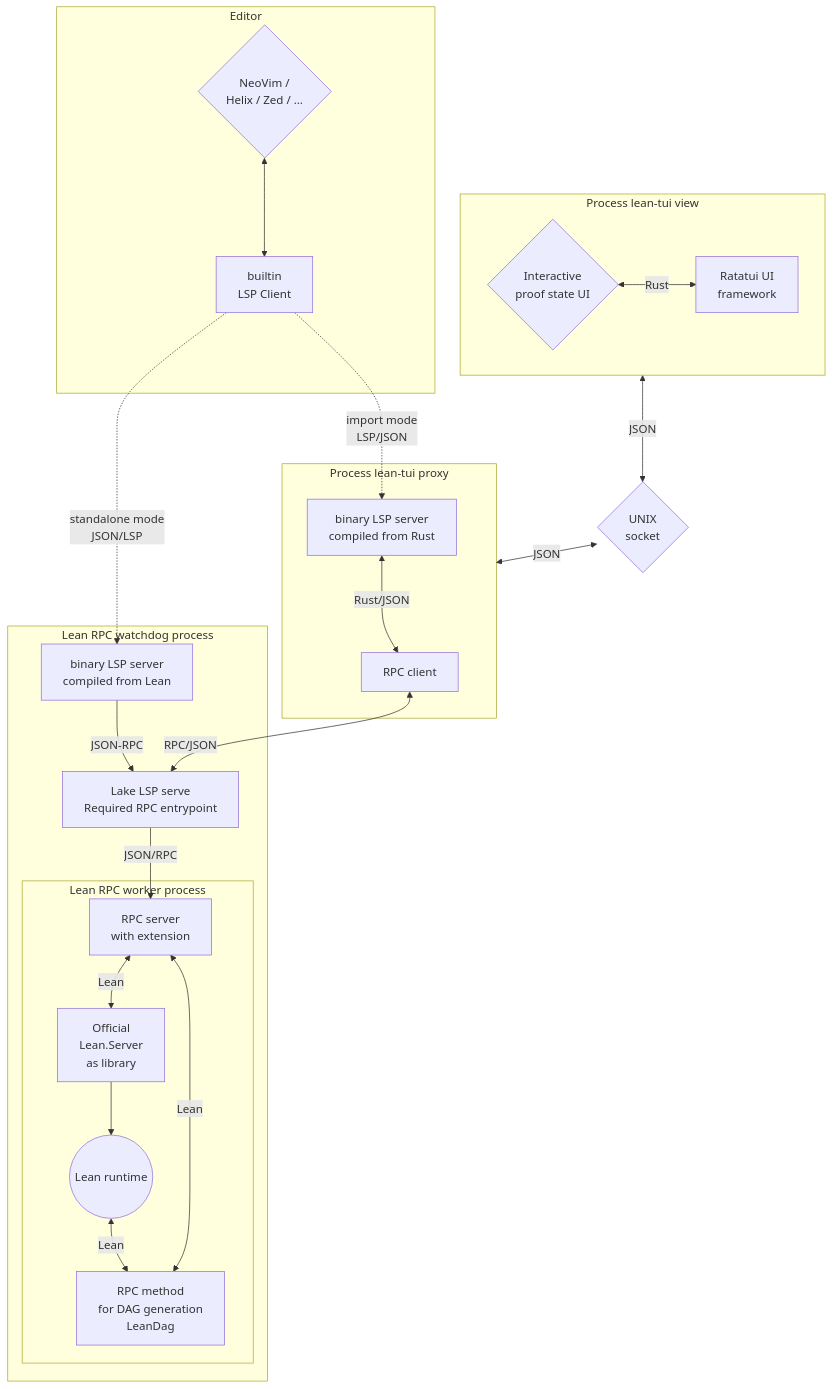
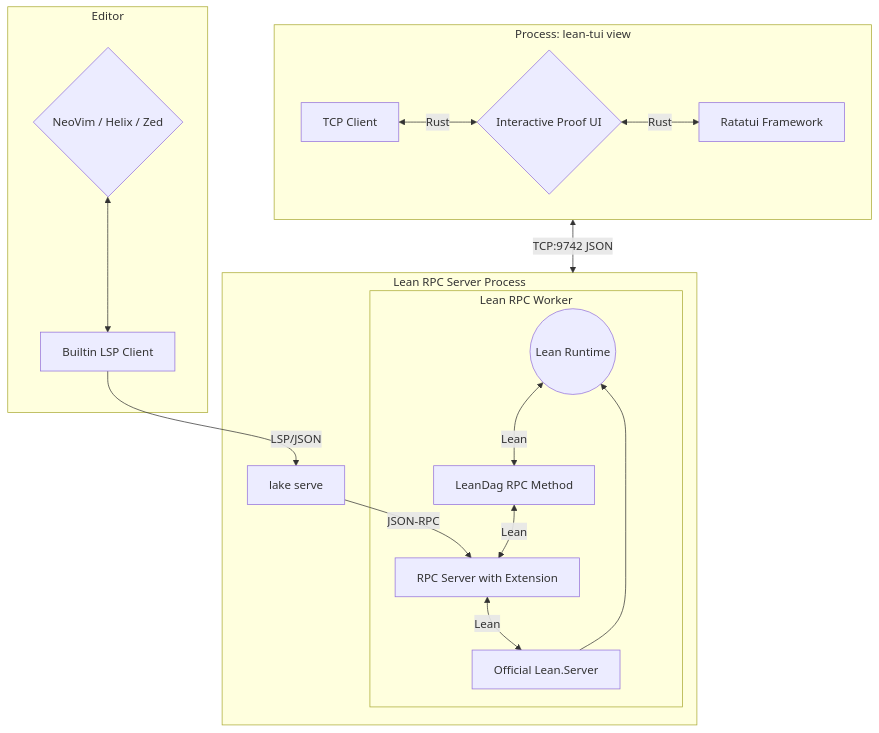
The diagram in README.md (macovedj/lean-tui), drawn with Mermaid before and after one commit. The commit also changed other lines of this file and 8 other files, not shown here.

````diff
--- a/README.md
+++ b/README.md
@@ -163,68 +157,38 @@
 ```mermaid
 flowchart
 
-subgraph lean-dag-process["Lean RPC watchdog process"]
-
-
-
-    subgraph lean-worker[Lean RPC worker process]
-
-        lean-runtime((Lean core))
-        original-lean-lsp[Official <br> Lean.Server <br> as library]
-        lean-runtime((Lean runtime))
-
-        custom-rpc-server["RPC server <br> with extension"]
-
-        rpc-method["RPC method <br> for DAG generation <br> LeanDag"]
+subgraph lean-dag-process["Lean RPC Server Process"]
+    subgraph lean-worker[Lean RPC Worker]
+        lean-runtime((Lean Runtime))
+        original-lean-lsp[Official Lean.Server]
+        custom-rpc-server[RPC Server with Extension]
+        rpc-method[LeanDag RPC Method]
 
         rpc-method <-->|Lean| custom-rpc-server
         lean-runtime <-->|Lean| rpc-method
+        original-lean-lsp --> lean-runtime
+        custom-rpc-server <-->|Lean| original-lean-lsp
     end
 
-    lake-serve[Lake LSP serve <br> Required RPC entrypoint]
-
-
-    original-lean-lsp --> lean-runtime
-
-    lean-dag[binary LSP server <br> compiled from Lean]
-
-    lean-dag -->|JSON-RPC| lake-serve
-
-    lake-serve -->|JSON/RPC| custom-rpc-server
-
-    custom-rpc-server <-->|Lean| original-lean-lsp
+    lake-serve[lake serve]
+    lake-serve -->|JSON-RPC| custom-rpc-server
 end
 
-subgraph proxy["Process lean-tui proxy"]
+subgraph TUI["Process: lean-tui view"]
+    tcp-client[TCP Client]
+    info-view{Interactive Proof UI}
+    ratatui[Ratatui Framework]
 
-    proxy-rpc-client[RPC client]
-    proxy-lsp-server[binary LSP server <br> compiled from Rust]
-    proxy-lsp-server <-->|Rust/JSON| proxy-rpc-client
-    proxy-rpc-client <-->|RPC/JSON| lake-serve
+    tcp-client <-->|Rust| info-view
+    info-view <-->|Rust| ratatui
 end
 
-
-
-
-subgraph TUI["Process lean-tui view"]
-    info-view{Interactive <br> proof state  UI}
-    ratatui[Ratatui UI <br/> framework]
-    info-view <--> |Rust| ratatui
-end
-
-TUI <-->|JSON| json-socket{UNIX <br/> socket} <-->|JSON| proxy
-
-
-
 subgraph Editor
-    editor-ui{"NeoVim / <br/> Helix / Zed / ..."}
-    editor-lsp-client[builtin <br> LSP Client]
+    editor-ui{NeoVim / Helix / Zed}
+    editor-lsp-client[Builtin LSP Client]
     editor-ui <--> editor-lsp-client
 end
 
-
-
-editor-lsp-client -.->|import mode <br> LSP/JSON| proxy-lsp-server
-
-editor-lsp-client -.->|standalone mode <br> JSON/LSP| lean-dag
+TUI <-->|"TCP:9742 JSON"| lean-dag-process
+editor-lsp-client -->|LSP/JSON| lake-serve
 ```
````
